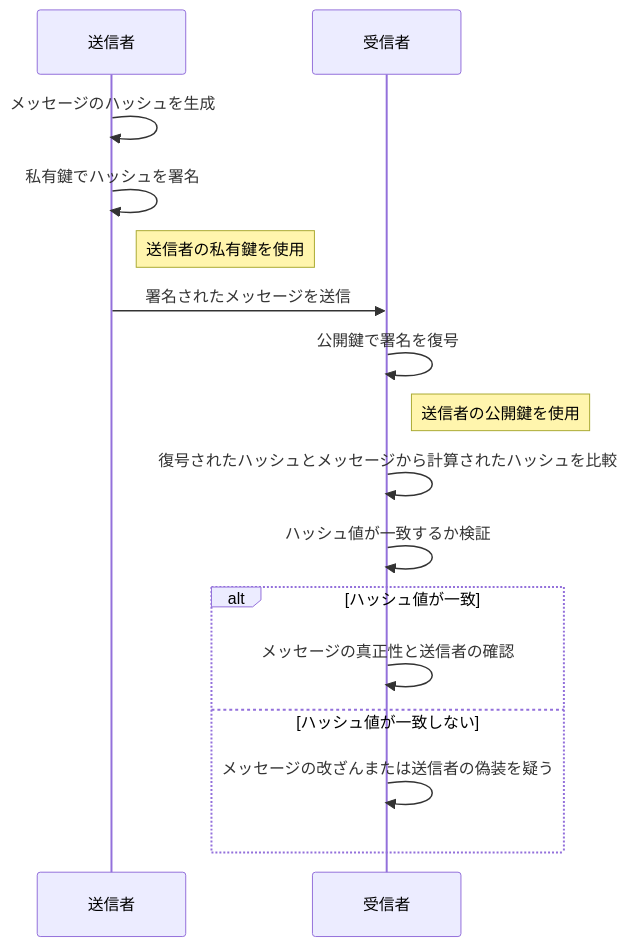
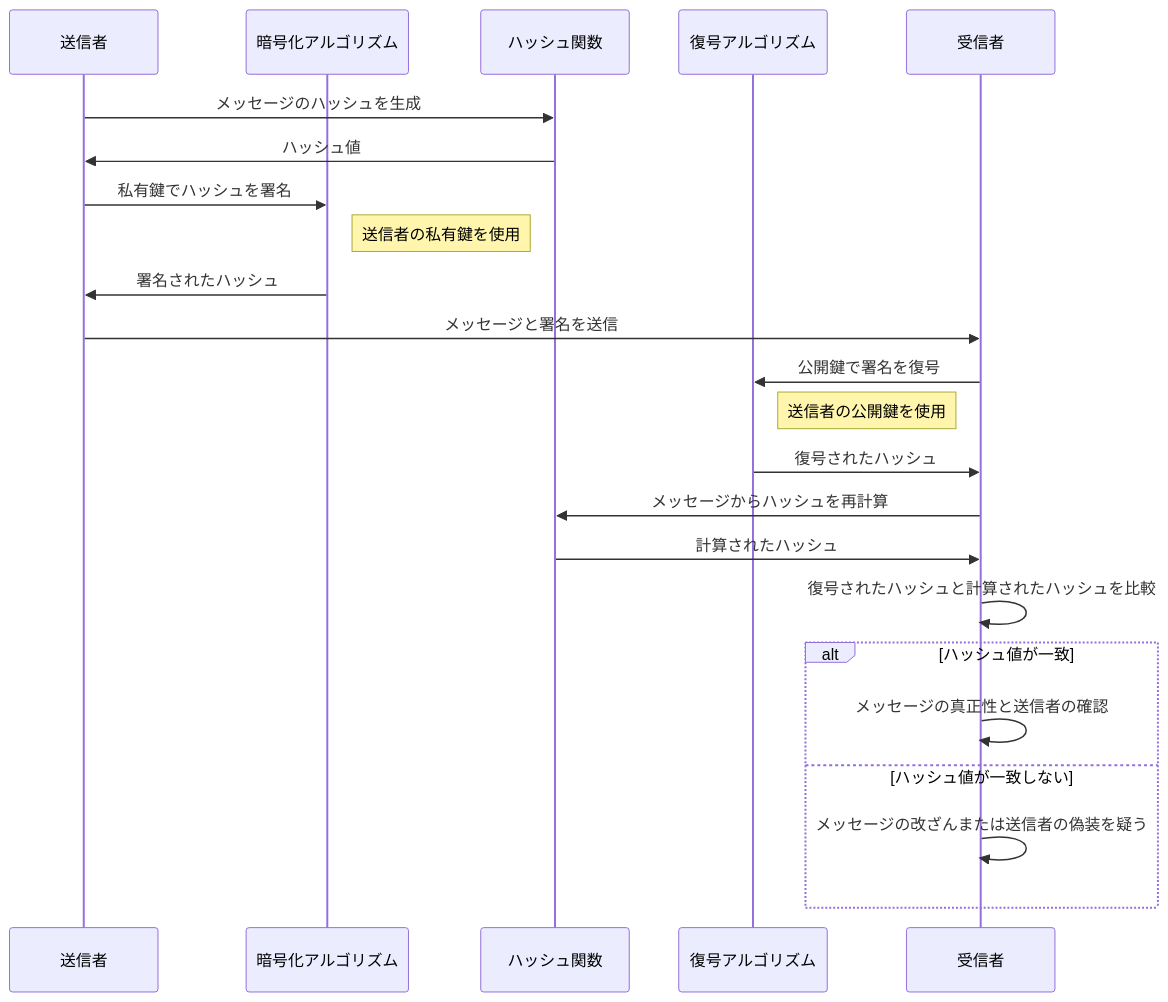
Before and after one commit to shuji-bonji/Notes-about-Digital-Signatures-and-Timestamps: the third of 3 diagrams in DigitalSignature.md, drawn with Mermaid. The commit also changed other lines of this file and 2 other files, not shown here.

````diff
--- a/DigitalSignature.md
+++ b/DigitalSignature.md
@@ -57,18 +96,31 @@
 ```mermaid
 sequenceDiagram
     participant Alice as 送信者
+    participant Encrypt as 暗号化アルゴリズム
+    participant HashFunc as ハッシュ関数
+    participant Decrypt as 復号アルゴリズム
     participant Bob as 受信者
-    Alice->>Alice: メッセージのハッシュを生成
-    Alice->>Alice: 私有鍵でハッシュを署名
-    Note right of Alice: 送信者の私有鍵を使用
-    Alice->>Bob: 署名されたメッセージを送信
-    Bob->>Bob: 公開鍵で署名を復号
-    Note right of Bob: 送信者の公開鍵を使用
-    Bob->>Bob: 復号されたハッシュとメッセージから計算されたハッシュを比較
-    Bob->>Bob: ハッシュ値が一致するか検証
+
+    Alice->>HashFunc: メッセージのハッシュを生成
+    HashFunc->>Alice: ハッシュ値
+
+    Alice->>Encrypt: 私有鍵でハッシュを署名
+    Note right of Encrypt: 送信者の私有鍵を使用
+    Encrypt->>Alice: 署名されたハッシュ
+
+    Alice->>Bob: メッセージと署名を送信
+
+    Bob->>Decrypt: 公開鍵で署名を復号
+    Note right of Decrypt: 送信者の公開鍵を使用
+    Decrypt->>Bob: 復号されたハッシュ
+
+    Bob->>HashFunc: メッセージからハッシュを再計算
+    HashFunc->>Bob: 計算されたハッシュ
+
+    Bob->>Bob: 復号されたハッシュと計算されたハッシュを比較
     alt ハッシュ値が一致
         Bob->>Bob: メッセージの真正性と送信者の確認
     else ハッシュ値が一致しない
         Bob->>Bob: メッセージの改ざんまたは送信者の偽装を疑う
     end
 ```
````
